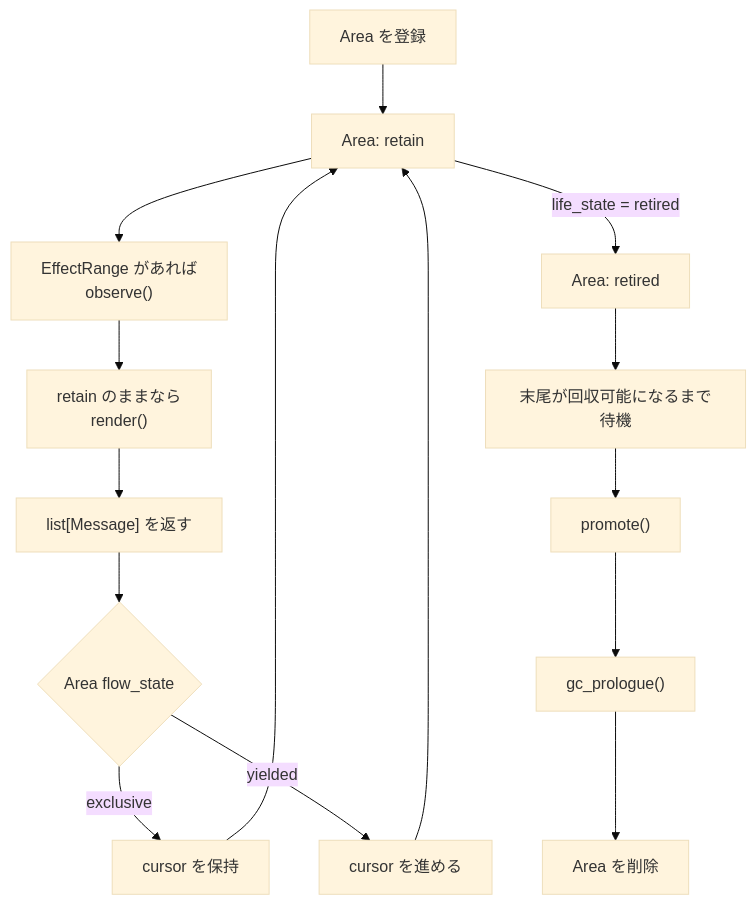
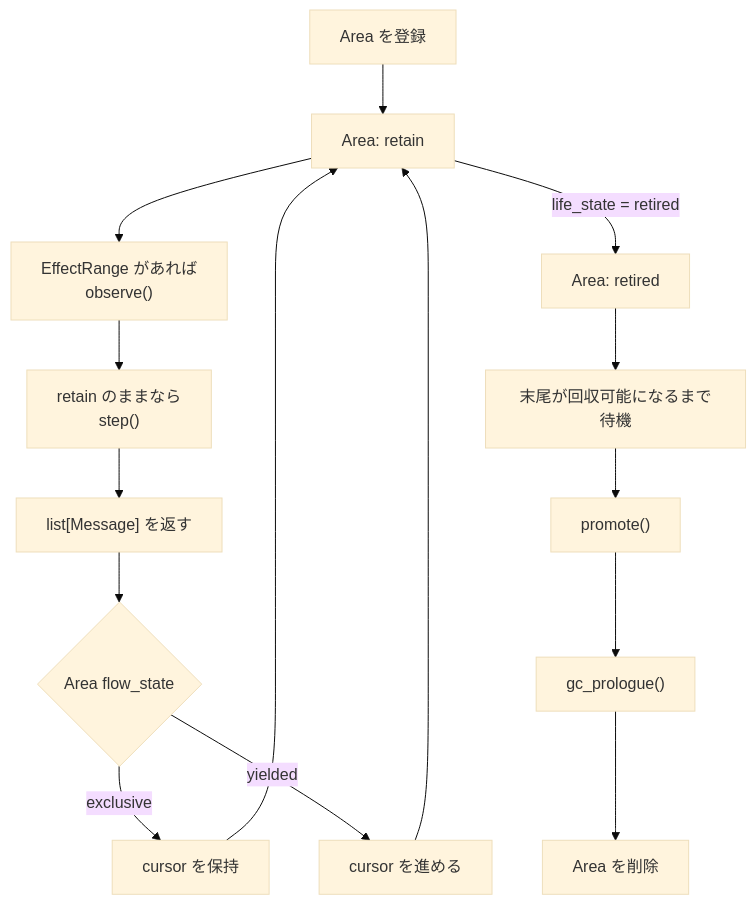
One commit to OvenFoSten/Hydrangea changed the diagram in docs/ja/context-areas.md. Above: the diagram before and after it, drawn with Mermaid (base theme). The commit also changed other lines of this file and 1 other file, not shown here.

Commit message:
Update Context Area lifecycle naming

````diff
--- a/docs/ja/context-areas.md
+++ b/docs/ja/context-areas.md
@@ -184,22 +184,22 @@
 ```mermaid
 flowchart TD
     accTitle: Context Area のライフサイクル
-    accDescr: CoopContext は retain 状態の Area を繰り返し observe および render し、Area が retire した後は promote と回収が可能になるまで待機します。
+    accDescr: CoopContext は retain 状態の Area を繰り返し observe および step し、Area が retire した後は promote と回収が可能になるまで待機します。
 
     Register["Area を登録"] --> Retain["Area: retain"]
     Retain --> Observe["EffectRange があれば<br/>observe()"]
-    Observe --> Render["retain のままなら<br/>render()"]
+    Observe --> Render["retain のままなら<br/>step()"]
     Render --> Messages["list[Message] を返す"]
     Messages --> Flow{"Area flow_state"}
 
     Flow -- exclusive --> Keep["cursor を保持"]
     Flow -- yielded --> Advance["cursor を進める"]
     Keep --> Retain
     Advance --> Retain
 
     Retain -->|"life_state = retired"| Retired["Area: retired"]
     Retired --> Wait["末尾が回収可能になるまで待機"]
     Wait --> Promote["promote()"]
     Promote --> Prologue["gc_prologue()"]
     Prologue --> Removed["Area を削除"]
 ```
````
